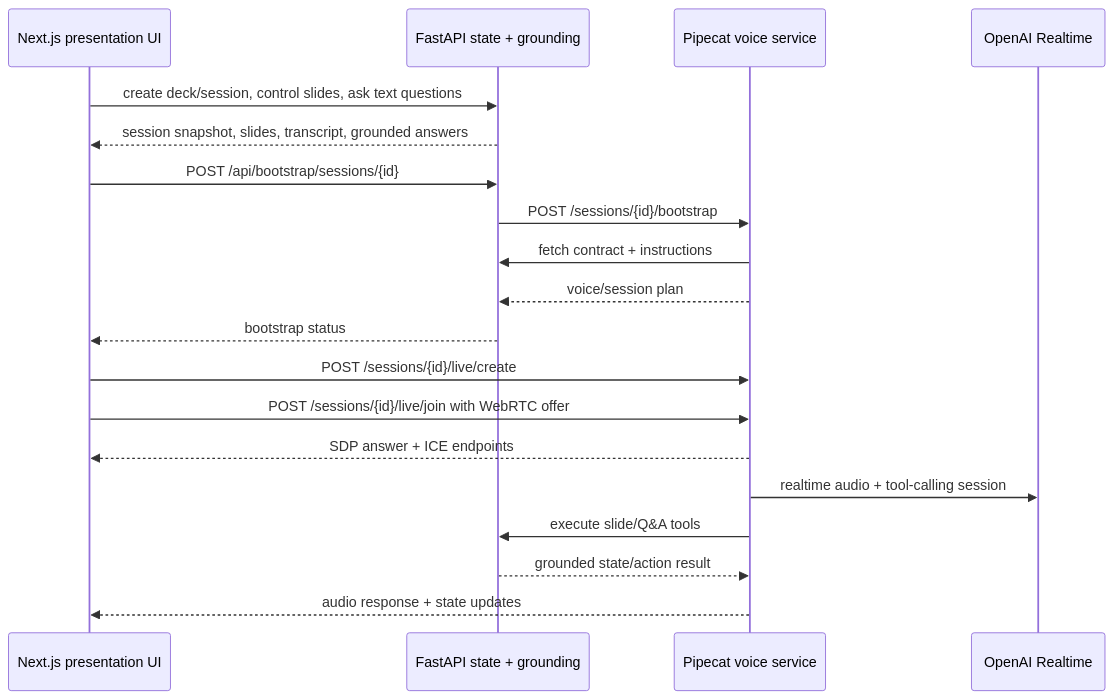
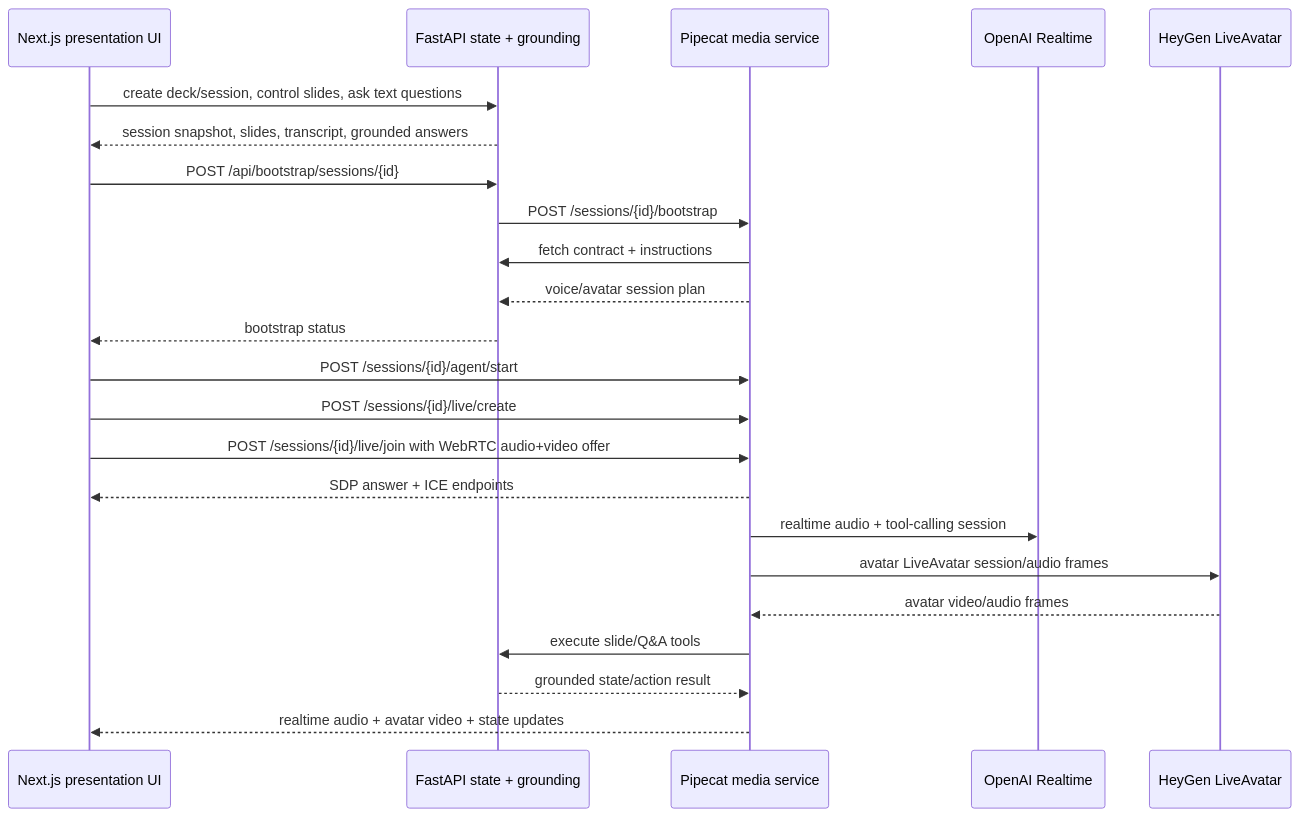
One commit to WebRTCventures/LiveSalesAIPresenter changed the diagram in docs/step-2-pipecat-live-agent-plan.md. Above: the diagram before and after it, drawn with Mermaid. The commit also changed other lines of this file and 1 other file, not shown here.

Commit message:
Document HeyGen avatar architecture

````diff
--- a/docs/step-2-pipecat-live-agent-plan.md
+++ b/docs/step-2-pipecat-live-agent-plan.md
@@ -17,24 +19,28 @@
 ```mermaid
 sequenceDiagram
   participant Web as Next.js presentation UI
   participant API as FastAPI state + grounding
-  participant Pipecat as Pipecat voice service
+  participant Pipecat as Pipecat media service
   participant OpenAI as OpenAI Realtime
+  participant HeyGen as HeyGen LiveAvatar
 
   Web->>API: create deck/session, control slides, ask text questions
   API-->>Web: session snapshot, slides, transcript, grounded answers
 
   Web->>API: POST /api/bootstrap/sessions/{id}
   API->>Pipecat: POST /sessions/{id}/bootstrap
   Pipecat->>API: fetch contract + instructions
-  Pipecat-->>API: voice/session plan
+  Pipecat-->>API: voice/avatar session plan
   API-->>Web: bootstrap status
 
+  Web->>Pipecat: POST /sessions/{id}/agent/start
   Web->>Pipecat: POST /sessions/{id}/live/create
-  Web->>Pipecat: POST /sessions/{id}/live/join with WebRTC offer
+  Web->>Pipecat: POST /sessions/{id}/live/join with WebRTC audio+video offer
   Pipecat-->>Web: SDP answer + ICE endpoints
   Pipecat->>OpenAI: realtime audio + tool-calling session
+  Pipecat->>HeyGen: avatar LiveAvatar session/audio frames
+  HeyGen-->>Pipecat: avatar video/audio frames
   Pipecat->>API: execute slide/Q&A tools
   API-->>Pipecat: grounded state/action result
-  Pipecat-->>Web: audio response + state updates
+  Pipecat-->>Web: realtime audio + avatar video + state updates
 ```
````
